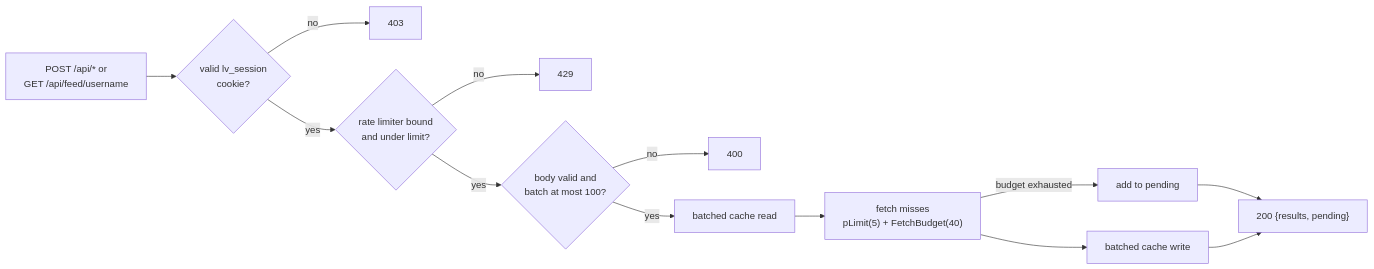
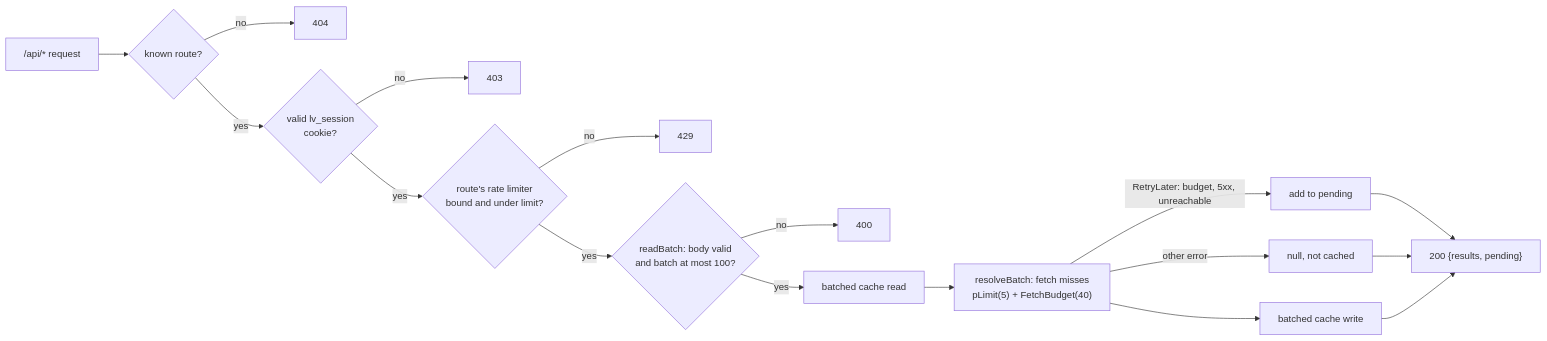
One commit to LaurinSorgend/letterboxd-vizard changed the fifth of 26 diagrams in docs/ARCHITECTURE.md. Above: the diagram before and after it, drawn with Mermaid. The commit also changed other lines of this file and 319 other files, not shown here.

````diff
--- a/docs/ARCHITECTURE.md
+++ b/docs/ARCHITECTURE.md
@@ -169,15 +188,19 @@
 ```mermaid
 flowchart LR
-    req["POST /api/* or<br/>GET /api/feed/username"] --> s{valid lv_session<br/>cookie?}
+    req["/api/* request"] --> known{"known route?"}
+    known -- no --> r404[404]
+    known -- yes --> s{valid lv_session<br/>cookie?}
     s -- no --> r403[403]
-    s -- yes --> rl{rate limiter bound<br/>and under limit?}
+    s -- yes --> rl{"route's rate limiter<br/>bound and under limit?"}
     rl -- no --> r429[429]
-    rl -- yes --> v{"body valid and<br/>batch at most 100?"}
+    rl -- yes --> v{"readBatch: body valid<br/>and batch at most 100?"}
     v -- no --> r400[400]
     v -- yes --> cache[batched cache read]
-    cache --> fetch["fetch misses<br/>pLimit(5) + FetchBudget(40)"]
-    fetch -->|budget exhausted| pend[add to pending]
+    cache --> fetch["resolveBatch: fetch misses<br/>pLimit(5) + FetchBudget(40)"]
+    fetch -->|RetryLater: budget, 5xx, unreachable| pend[add to pending]
+    fetch -->|other error| nul[null, not cached]
     fetch --> put[batched cache write]
     pend --> resp
+    nul --> resp
     put --> resp["200 {results, pending}"]
 ```
````
